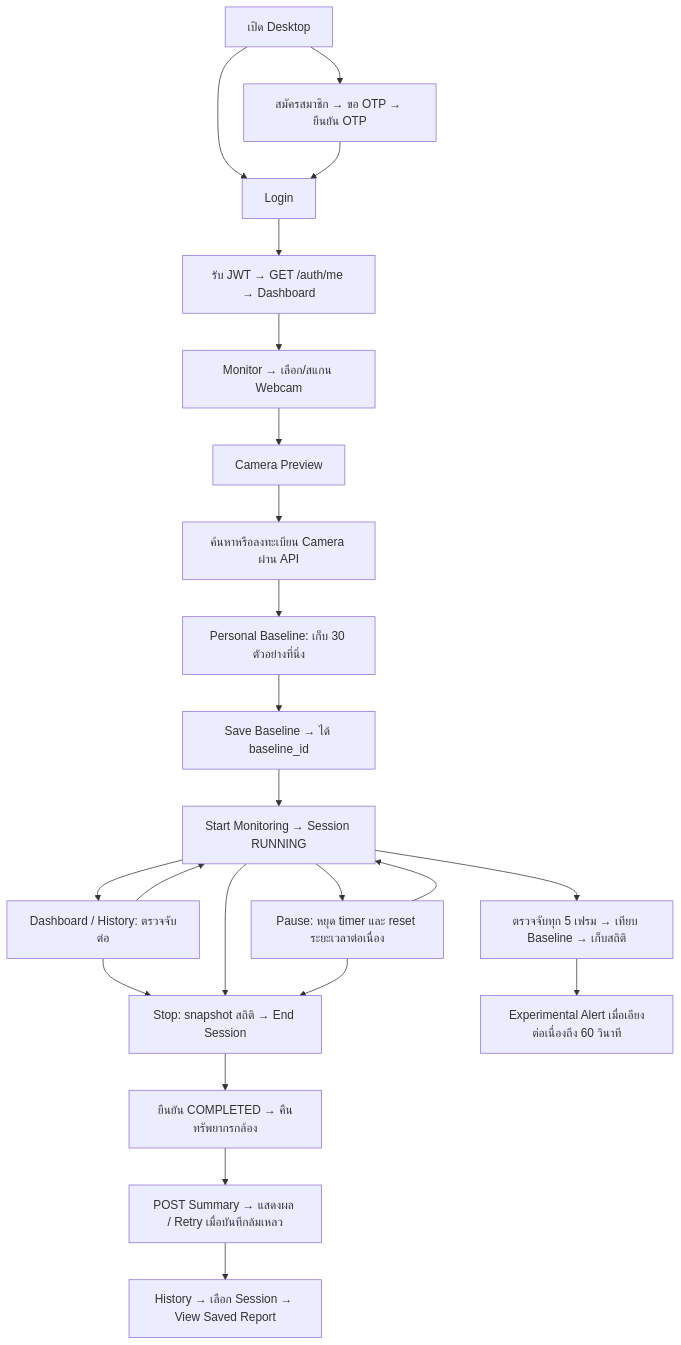
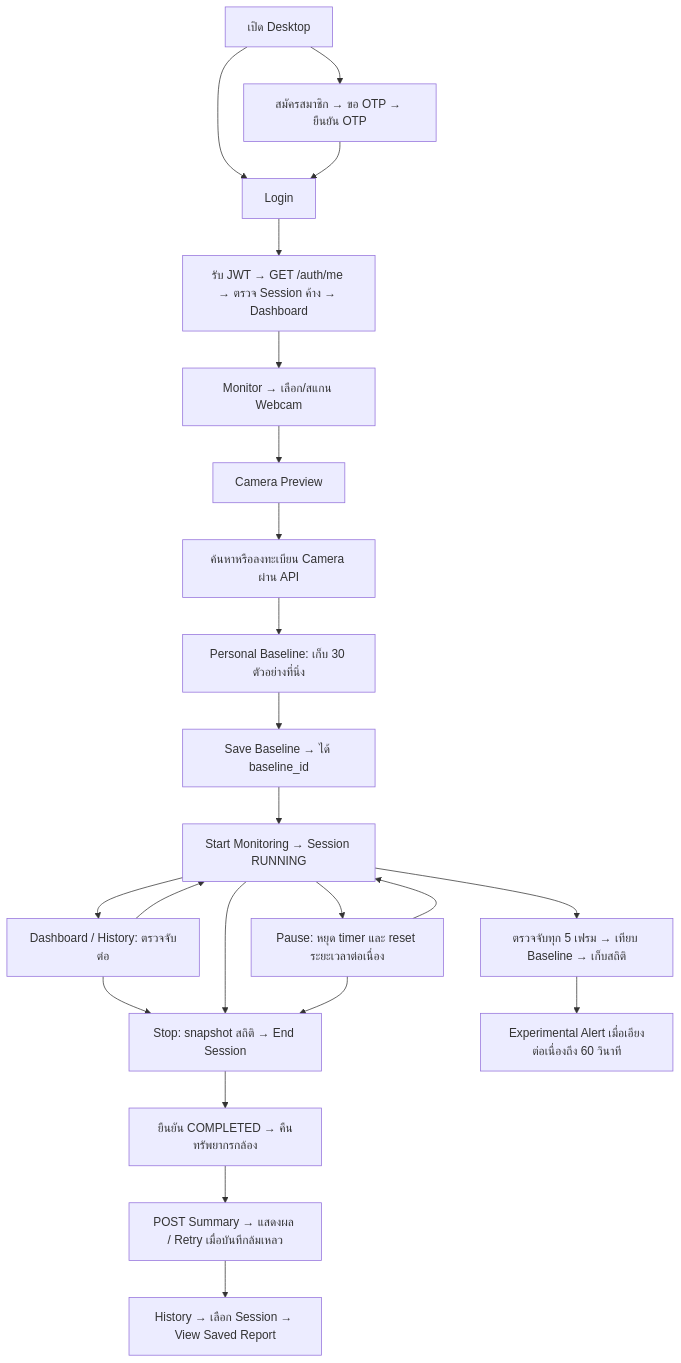
One commit to nameisnoric/PostGuard changed the diagram in FLOW_AND_TEST_REPORT.md. Above: the diagram before and after it, drawn with Mermaid. The commit also changed other lines of this file and 18 other files, not shown here.

````diff
--- a/FLOW_AND_TEST_REPORT.md
+++ b/FLOW_AND_TEST_REPORT.md
@@ -7,25 +7,25 @@
 ```mermaid
 flowchart TD
     A[เปิด Desktop] --> B[Login]
     A --> R[สมัครสมาชิก → ขอ OTP → ยืนยัน OTP]
     R --> B
-    B --> C[รับ JWT → GET /auth/me → Dashboard]
+    B --> C[รับ JWT → GET /auth/me → ตรวจ Session ค้าง → Dashboard]
     C --> D[Monitor → เลือก/สแกน Webcam]
     D --> E[Camera Preview]
     E --> F[ค้นหาหรือลงทะเบียน Camera ผ่าน API]
     F --> G[Personal Baseline: เก็บ 30 ตัวอย่างที่นิ่ง]
     G --> H[Save Baseline → ได้ baseline_id]
     H --> I[Start Monitoring → Session RUNNING]
     I --> N[Dashboard / History: ตรวจจับต่อ]
     N --> I
     N --> S
     I --> J[ตรวจจับทุก 5 เฟรม → เทียบ Baseline → เก็บสถิติ]
     J --> K[Experimental Alert เมื่อเอียงต่อเนื่องถึง 60 วินาที]
     I --> P[Pause: หยุด timer และ reset ระยะเวลาต่อเนื่อง]
     P --> I
     I --> S[Stop: snapshot สถิติ → End Session]
     P --> S
     S --> T[ยืนยัน COMPLETED → คืนทรัพยากรกล้อง]
     T --> U[POST Summary → แสดงผล / Retry เมื่อบันทึกล้มเหลว]
     U --> V[History → เลือก Session → View Saved Report]
 ```
````
